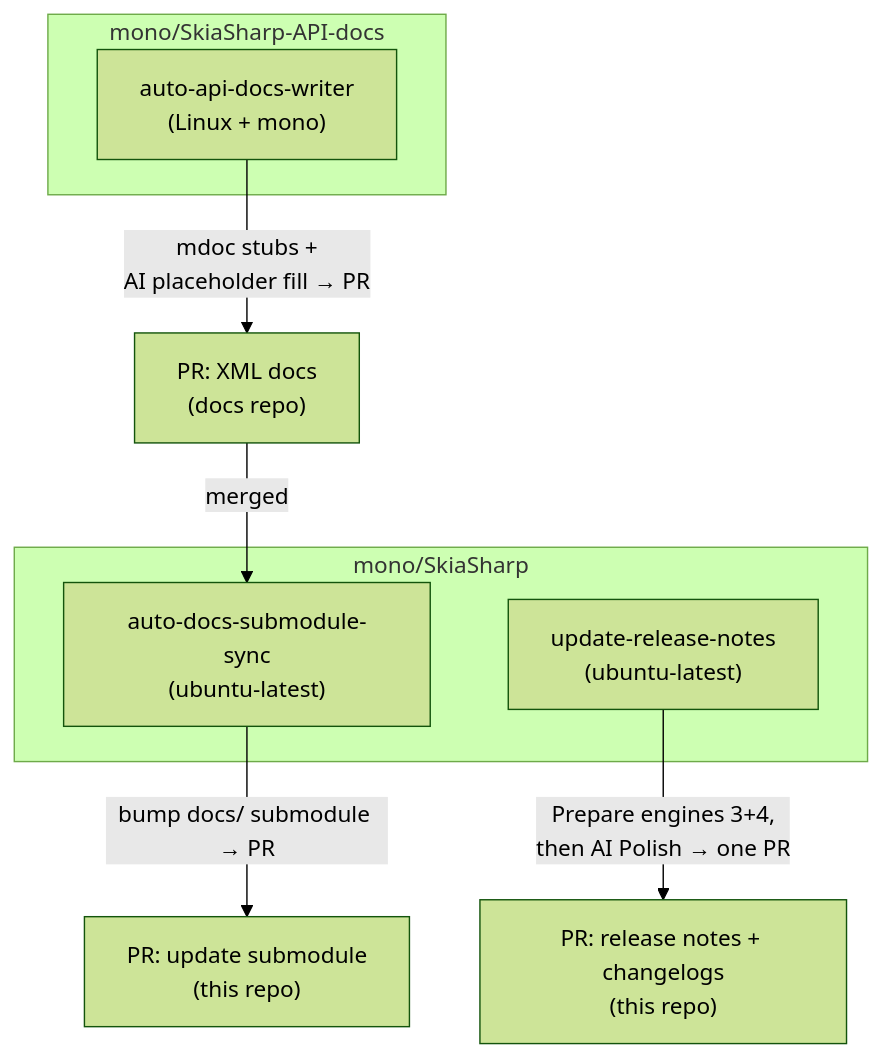
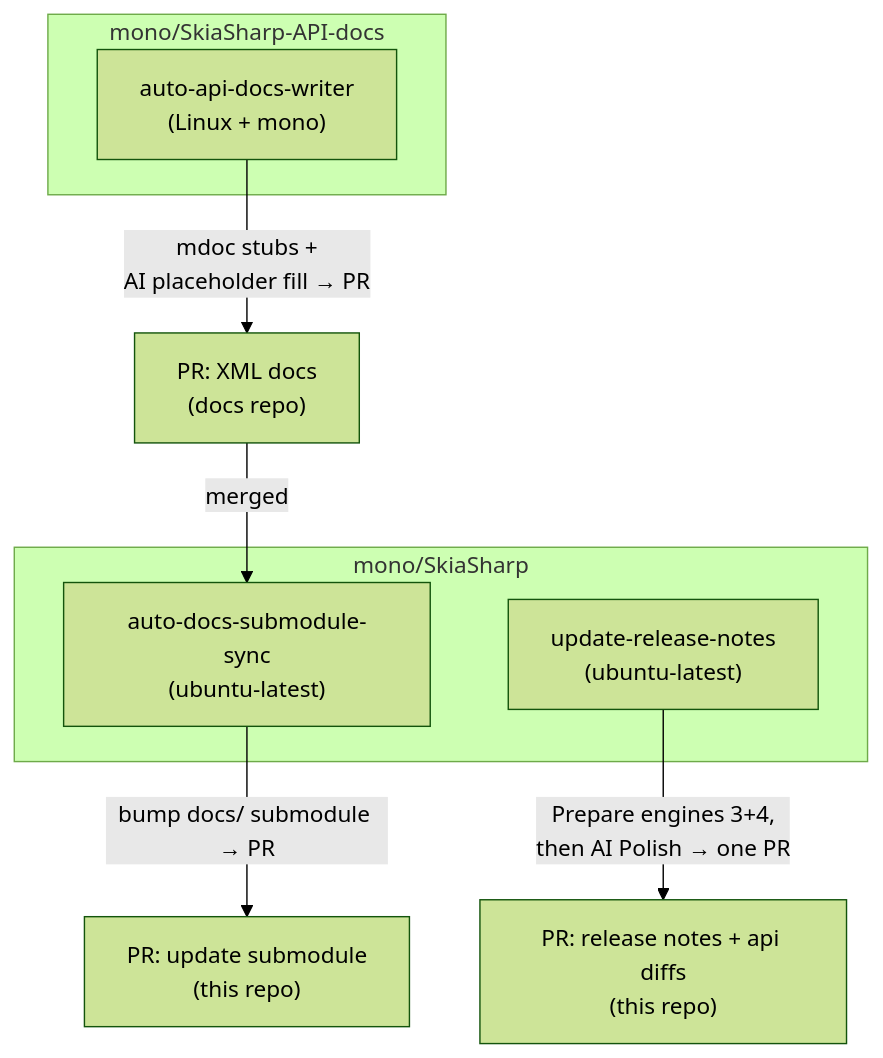
The second of 2 diagrams in documentation/dev/docs-overview.md (mono/SkiaSharp), drawn with Mermaid (forest theme) before and after one commit. The commit also changed other lines of this file and 19 other files, not shown here.

````diff
--- a/documentation/dev/docs-overview.md
+++ b/documentation/dev/docs-overview.md
@@ -127,14 +127,14 @@
 ```mermaid
 flowchart TB
   subgraph this["mono/SkiaSharp"]
     urn["update-release-notes\n(ubuntu-latest)"]
     sync["auto-docs-submodule-sync\n(ubuntu-latest)"]
   end
   subgraph docsrepo["mono/SkiaSharp-API-docs"]
     writer["auto-api-docs-writer\n(Linux + mono)"]
   end
-  urn -->|"Prepare engines 3+4,\nthen AI Polish → one PR"| prRel["PR: release notes + changelogs\n(this repo)"]
+  urn -->|"Prepare engines 3+4,\nthen AI Polish → one PR"| prRel["PR: release notes + api diffs\n(this repo)"]
   writer -->|"mdoc stubs +\nAI placeholder fill → PR"| prDocs["PR: XML docs\n(docs repo)"]
   prDocs -->|"merged"| sync
   sync -->|"bump docs/ submodule → PR"| prBump["PR: update submodule\n(this repo)"]
 ```
````
